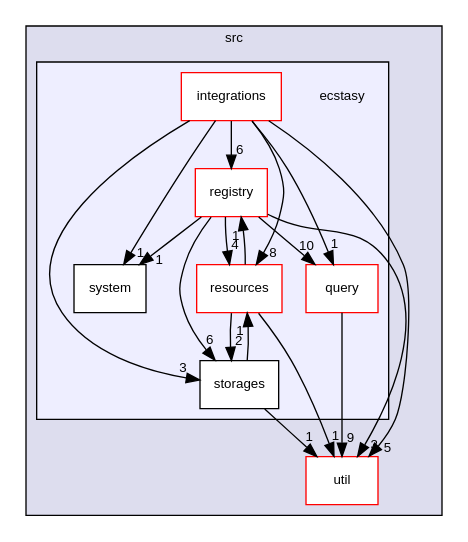
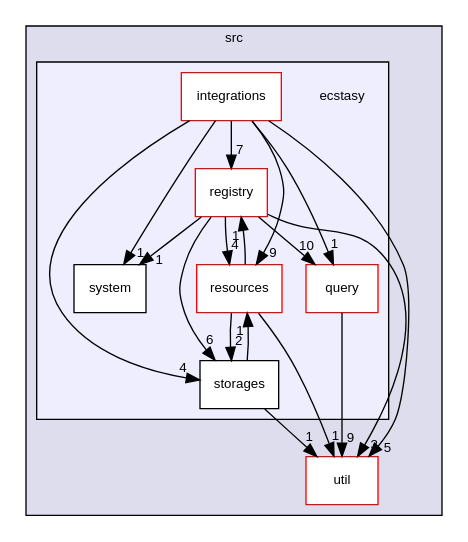
Before and after one commit to AndreasLrx/ecstasy: the diagram in dir_6b0b9537e2784bce85aaa1605580a3a0_dep.dot, drawn with Graphviz. The commit also changed 391 other files, not shown here.

```diff
--- a/dir_6b0b9537e2784bce85aaa1605580a3a0_dep.dot
+++ b/dir_6b0b9537e2784bce85aaa1605580a3a0_dep.dot
@@ -1,36 +1,36 @@
 digraph "src/ecstasy" {
   compound=true
   node [ fontsize="10", fontname="Helvetica"];
   edge [ labelfontsize="10", labelfontname="Helvetica"];
   subgraph clusterdir_68267d1309a1af8e8297ef4c3efbcdba {
     graph [ bgcolor="#ddddee", pencolor="black", label="src" fontname="Helvetica", fontsize="10", URL="dir_68267d1309a1af8e8297ef4c3efbcdba.html"]
   dir_b7878ad5ecbf2506f4125b9d34c97e45 [shape=box label="util" fillcolor="white" style="filled" color="red" URL="dir_b7878ad5ecbf2506f4125b9d34c97e45.html"];
   subgraph clusterdir_6b0b9537e2784bce85aaa1605580a3a0 {
     graph [ bgcolor="#eeeeff", pencolor="black", label="" URL="dir_6b0b9537e2784bce85aaa1605580a3a0.html"];
     dir_6b0b9537e2784bce85aaa1605580a3a0 [shape=plaintext label="ecstasy"];
   dir_f15917d6366dfa96c32563b53409824a [shape=box label="integrations" fillcolor="white" style="filled" color="red" URL="dir_f15917d6366dfa96c32563b53409824a.html"];
   dir_5392b01d02c3d4d0985a94f633790057 [shape=box label="query" fillcolor="white" style="filled" color="red" URL="dir_5392b01d02c3d4d0985a94f633790057.html"];
   dir_27d9dd95bf0309eb27f3bb61fbabadeb [shape=box label="registry" fillcolor="white" style="filled" color="red" URL="dir_27d9dd95bf0309eb27f3bb61fbabadeb.html"];
   dir_8c1a170fbd0a5283d7ed264cf6df56b3 [shape=box label="resources" fillcolor="white" style="filled" color="red" URL="dir_8c1a170fbd0a5283d7ed264cf6df56b3.html"];
   dir_4a1419ba0e8125a1fc6aeccf1492e850 [shape=box label="storages" fillcolor="white" style="filled" URL="dir_4a1419ba0e8125a1fc6aeccf1492e850.html"];
   dir_bb1f71bfffde0d1688dd5f7686f27ec6 [shape=box label="system" fillcolor="white" style="filled" URL="dir_bb1f71bfffde0d1688dd5f7686f27ec6.html"];
   }
   }
   dir_5392b01d02c3d4d0985a94f633790057->dir_b7878ad5ecbf2506f4125b9d34c97e45 [headlabel="9", labeldistance=1.5 headhref="dir_000011_000025.html"];
   dir_4a1419ba0e8125a1fc6aeccf1492e850->dir_8c1a170fbd0a5283d7ed264cf6df56b3 [headlabel="1", labeldistance=1.5 headhref="dir_000019_000017.html"];
   dir_4a1419ba0e8125a1fc6aeccf1492e850->dir_b7878ad5ecbf2506f4125b9d34c97e45 [headlabel="1", labeldistance=1.5 headhref="dir_000019_000025.html"];
-  dir_f15917d6366dfa96c32563b53409824a->dir_27d9dd95bf0309eb27f3bb61fbabadeb [headlabel="6", labeldistance=1.5 headhref="dir_000002_000014.html"];
-  dir_f15917d6366dfa96c32563b53409824a->dir_4a1419ba0e8125a1fc6aeccf1492e850 [headlabel="3", labeldistance=1.5 headhref="dir_000002_000019.html"];
+  dir_f15917d6366dfa96c32563b53409824a->dir_27d9dd95bf0309eb27f3bb61fbabadeb [headlabel="7", labeldistance=1.5 headhref="dir_000002_000014.html"];
+  dir_f15917d6366dfa96c32563b53409824a->dir_4a1419ba0e8125a1fc6aeccf1492e850 [headlabel="4", labeldistance=1.5 headhref="dir_000002_000019.html"];
   dir_f15917d6366dfa96c32563b53409824a->dir_5392b01d02c3d4d0985a94f633790057 [headlabel="1", labeldistance=1.5 headhref="dir_000002_000011.html"];
-  dir_f15917d6366dfa96c32563b53409824a->dir_8c1a170fbd0a5283d7ed264cf6df56b3 [headlabel="8", labeldistance=1.5 headhref="dir_000002_000017.html"];
+  dir_f15917d6366dfa96c32563b53409824a->dir_8c1a170fbd0a5283d7ed264cf6df56b3 [headlabel="9", labeldistance=1.5 headhref="dir_000002_000017.html"];
   dir_f15917d6366dfa96c32563b53409824a->dir_b7878ad5ecbf2506f4125b9d34c97e45 [headlabel="5", labeldistance=1.5 headhref="dir_000002_000025.html"];
   dir_f15917d6366dfa96c32563b53409824a->dir_bb1f71bfffde0d1688dd5f7686f27ec6 [headlabel="1", labeldistance=1.5 headhref="dir_000002_000024.html"];
   dir_8c1a170fbd0a5283d7ed264cf6df56b3->dir_27d9dd95bf0309eb27f3bb61fbabadeb [headlabel="1", labeldistance=1.5 headhref="dir_000017_000014.html"];
   dir_8c1a170fbd0a5283d7ed264cf6df56b3->dir_4a1419ba0e8125a1fc6aeccf1492e850 [headlabel="2", labeldistance=1.5 headhref="dir_000017_000019.html"];
   dir_8c1a170fbd0a5283d7ed264cf6df56b3->dir_b7878ad5ecbf2506f4125b9d34c97e45 [headlabel="1", labeldistance=1.5 headhref="dir_000017_000025.html"];
   dir_27d9dd95bf0309eb27f3bb61fbabadeb->dir_4a1419ba0e8125a1fc6aeccf1492e850 [headlabel="6", labeldistance=1.5 headhref="dir_000014_000019.html"];
   dir_27d9dd95bf0309eb27f3bb61fbabadeb->dir_5392b01d02c3d4d0985a94f633790057 [headlabel="10", labeldistance=1.5 headhref="dir_000014_000011.html"];
   dir_27d9dd95bf0309eb27f3bb61fbabadeb->dir_8c1a170fbd0a5283d7ed264cf6df56b3 [headlabel="4", labeldistance=1.5 headhref="dir_000014_000017.html"];
   dir_27d9dd95bf0309eb27f3bb61fbabadeb->dir_b7878ad5ecbf2506f4125b9d34c97e45 [headlabel="3", labeldistance=1.5 headhref="dir_000014_000025.html"];
   dir_27d9dd95bf0309eb27f3bb61fbabadeb->dir_bb1f71bfffde0d1688dd5f7686f27ec6 [headlabel="1", labeldistance=1.5 headhref="dir_000014_000024.html"];
 }
```
